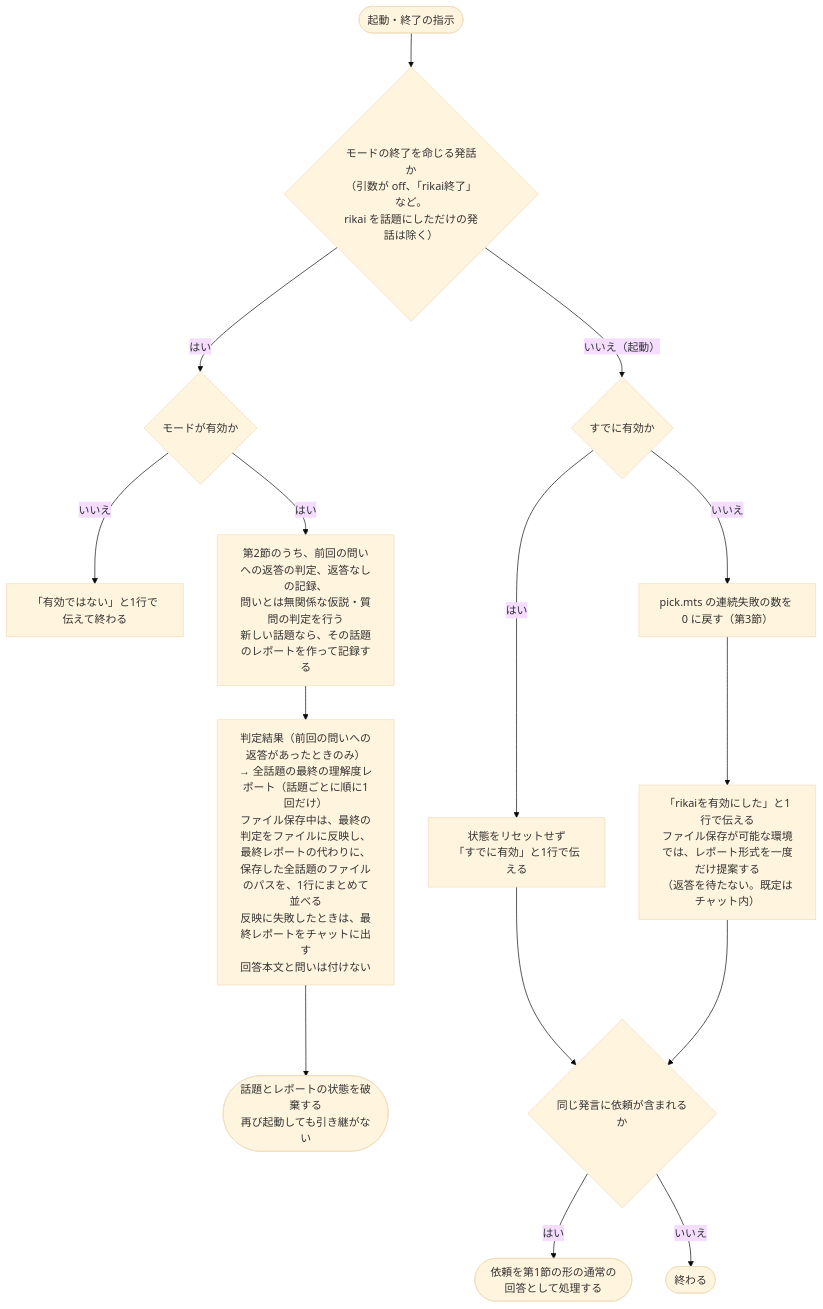
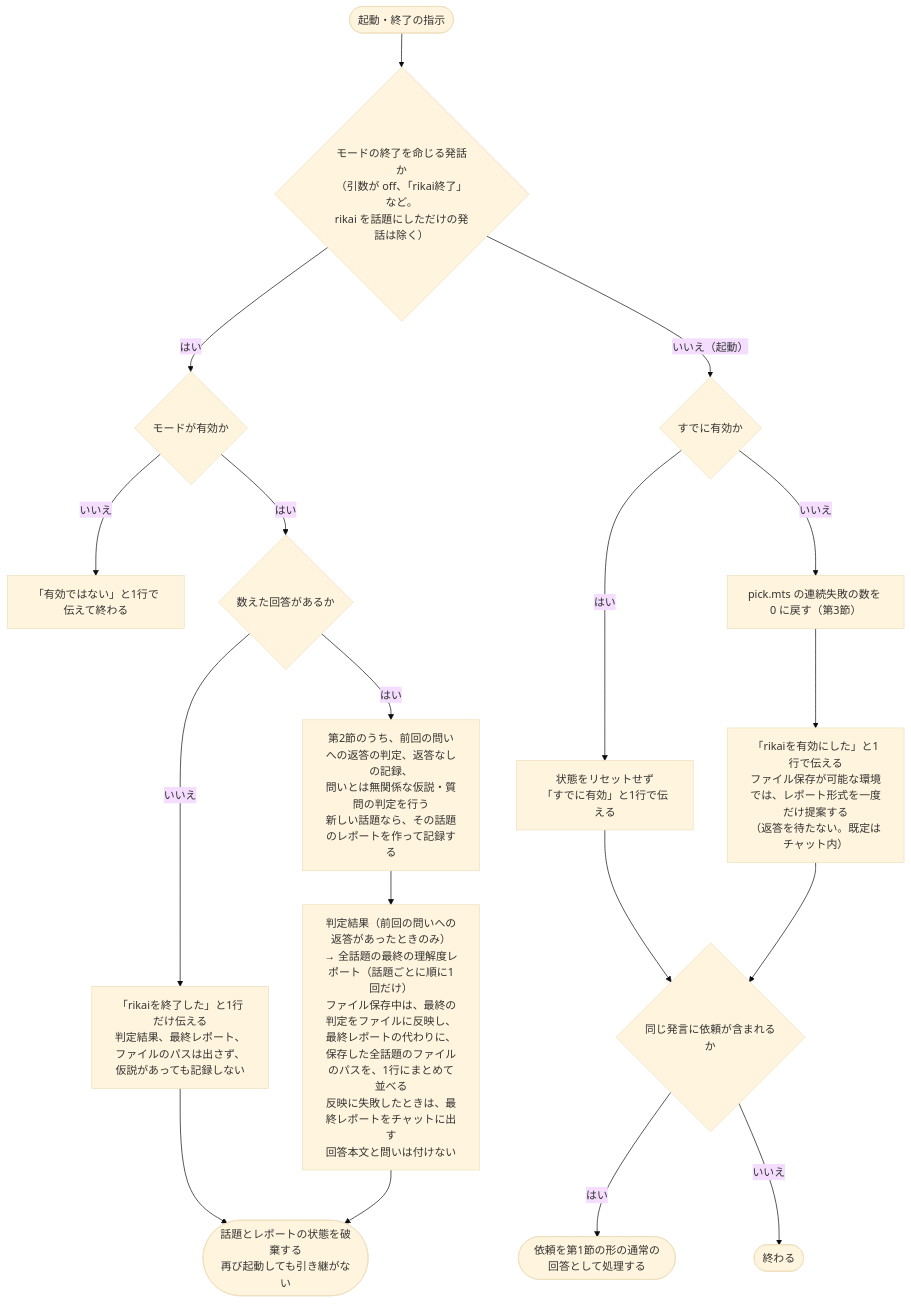
The third of 3 diagrams in skills/rikai/SKILL.md (kokuto821/rikai), drawn with Mermaid (base theme) before and after one commit. The commit also changed other lines of this file and 3 other files, not shown here.

````diff
--- a/skills/rikai/SKILL.md
+++ b/skills/rikai/SKILL.md
@@ -208,18 +208,21 @@
 ```mermaid
 flowchart TD
     Start(["起動・終了の指示"]) --> Kind{"モードの終了を命じる発話か<br/>（引数が off、「rikai終了」など。<br/>rikai を話題にしただけの発話は除く）"}
     Kind -- "はい" --> EndActive{"モードが有効か"}
     EndActive -- "いいえ" --> NotActive["「有効ではない」と1行で伝えて終わる"]
-    EndActive -- "はい" --> EndJudge["第2節のうち、前回の問いへの返答の判定、返答なしの記録、<br/>問いとは無関係な仮説・質問の判定を行う<br/>新しい話題なら、その話題のレポートを作って記録する"]
+    EndActive -- "はい" --> HasCounted{"数えた回答があるか"}
+    HasCounted -- "いいえ" --> EndOnly["「rikaiを終了した」と1行だけ伝える<br/>判定結果、最終レポート、ファイルのパスは出さず、<br/>仮説があっても記録しない"]
+    EndOnly --> Discard
+    HasCounted -- "はい" --> EndJudge["第2節のうち、前回の問いへの返答の判定、返答なしの記録、<br/>問いとは無関係な仮説・質問の判定を行う<br/>新しい話題なら、その話題のレポートを作って記録する"]
     EndJudge --> EndOut["判定結果（前回の問いへの返答があったときのみ）<br/>→ 全話題の最終の理解度レポート（話題ごとに順に1回だけ）<br/>ファイル保存中は、最終の判定をファイルに反映し、<br/>最終レポートの代わりに、保存した全話題のファイルのパスを、1行にまとめて並べる<br/>反映に失敗したときは、最終レポートをチャットに出す<br/>回答本文と問いは付けない"]
     EndOut --> Discard(["話題とレポートの状態を破棄する<br/>再び起動しても引き継がない"])
     Kind -- "いいえ（起動）" --> StartActive{"すでに有効か"}
     StartActive -- "はい" --> AlreadyOn["状態をリセットせず<br/>「すでに有効」と1行で伝える"]
     StartActive -- "いいえ" --> ResetFail["pick.mts の連続失敗の数を 0 に戻す（第3節）"]
     ResetFail --> StartMsg["「rikaiを有効にした」と1行で伝える<br/>ファイル保存が可能な環境では、レポート形式を一度だけ提案する<br/>（返答を待たない。既定はチャット内）"]
     AlreadyOn --> HasReq
     StartMsg --> HasReq
     HasReq{"同じ発言に依頼が含まれるか"}
     HasReq -- "はい" --> Answer(["依頼を第1節の形の通常の回答として処理する"])
     HasReq -- "いいえ" --> Done(["終わる"])
 ```
````
